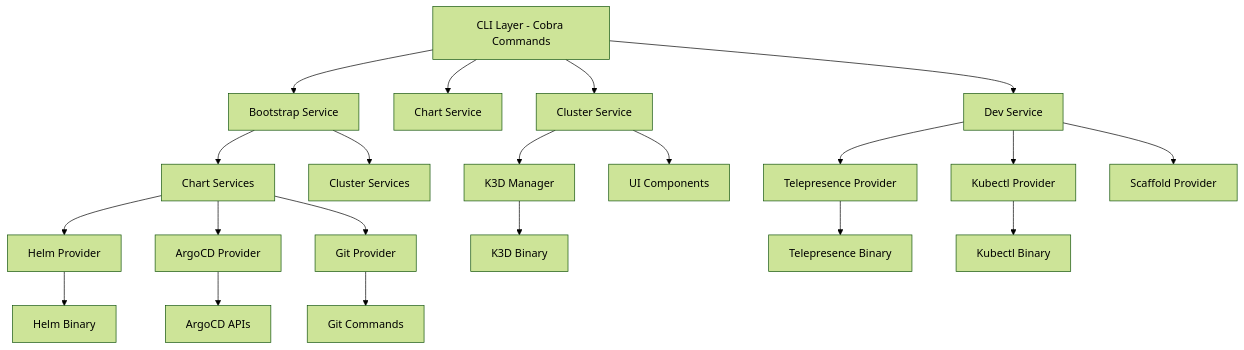
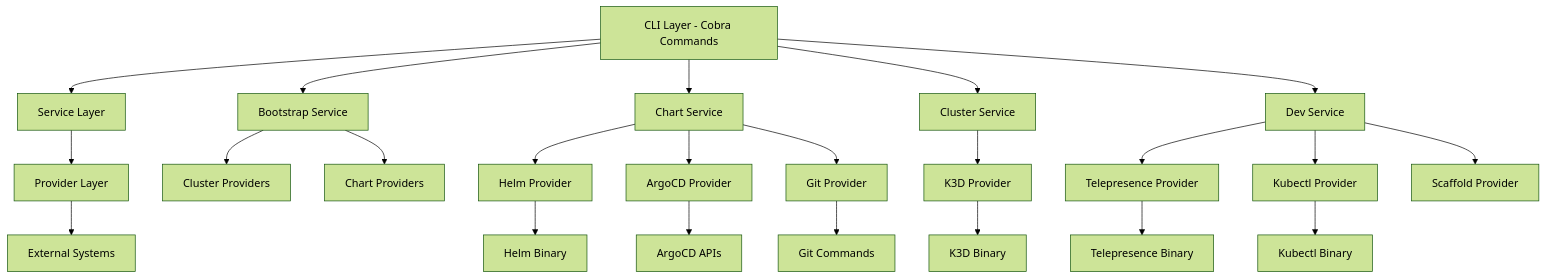
The diagram in README.md (Praesto-Pro/openframe-cli), drawn with Mermaid (forest theme) before and after one commit. The commit also changed other lines of this file and 22 other files, not shown here.

````diff
--- a/README.md
+++ b/README.md
@@ -88,28 +113,31 @@
 ```mermaid
 graph TB
-    CLI[CLI Layer - Cobra Commands] --> BS[Bootstrap Service]
-    CLI --> CS[Chart Service] 
-    CLI --> CLS[Cluster Service]
-    CLI --> DS[Dev Service]
+    CLI[CLI Layer - Cobra Commands] --> Services[Service Layer]
+    Services --> Providers[Provider Layer]
+    Providers --> External[External Systems]
     
-    BS --> CSvc[Chart Services]
-    BS --> CLSvc[Cluster Services]
+    CLI --> Bootstrap[Bootstrap Service]
+    CLI --> Chart[Chart Service]
+    CLI --> Cluster[Cluster Service]
+    CLI --> Dev[Dev Service]
     
-    CSvc --> HP[Helm Provider]
-    CSvc --> AP[ArgoCD Provider]
-    CSvc --> GP[Git Provider]
+    Bootstrap --> ClusterProviders[Cluster Providers]
+    Bootstrap --> ChartProviders[Chart Providers]
     
-    CLS --> K3D[K3D Manager]
-    CLS --> UI[UI Components]
+    Chart --> Helm[Helm Provider]
+    Chart --> ArgoCD[ArgoCD Provider]
+    Chart --> Git[Git Provider]
     
-    DS --> TP[Telepresence Provider]
-    DS --> KP[Kubectl Provider]
-    DS --> SP[Scaffold Provider]
+    Cluster --> K3D[K3D Provider]
     
-    HP --> Helm[Helm Binary]
-    AP --> ArgoCD[ArgoCD APIs]
-    GP --> Git[Git Commands]
-    K3D --> K3DCmd[K3D Binary]
-    TP --> TelepresenceCmd[Telepresence Binary]
-    KP --> KubectlCmd[Kubectl Binary]
+    Dev --> Telepresence[Telepresence Provider]
+    Dev --> Kubectl[Kubectl Provider]
+    Dev --> Scaffold[Scaffold Provider]
+    
+    Helm --> HelmBinary[Helm Binary]
+    ArgoCD --> ArgoCDAPI[ArgoCD APIs]
+    Git --> GitCommands[Git Commands]
+    K3D --> K3DBinary[K3D Binary]
+    Telepresence --> TelepresenceBinary[Telepresence Binary]
+    Kubectl --> KubectlBinary[Kubectl Binary]
 ```
````
